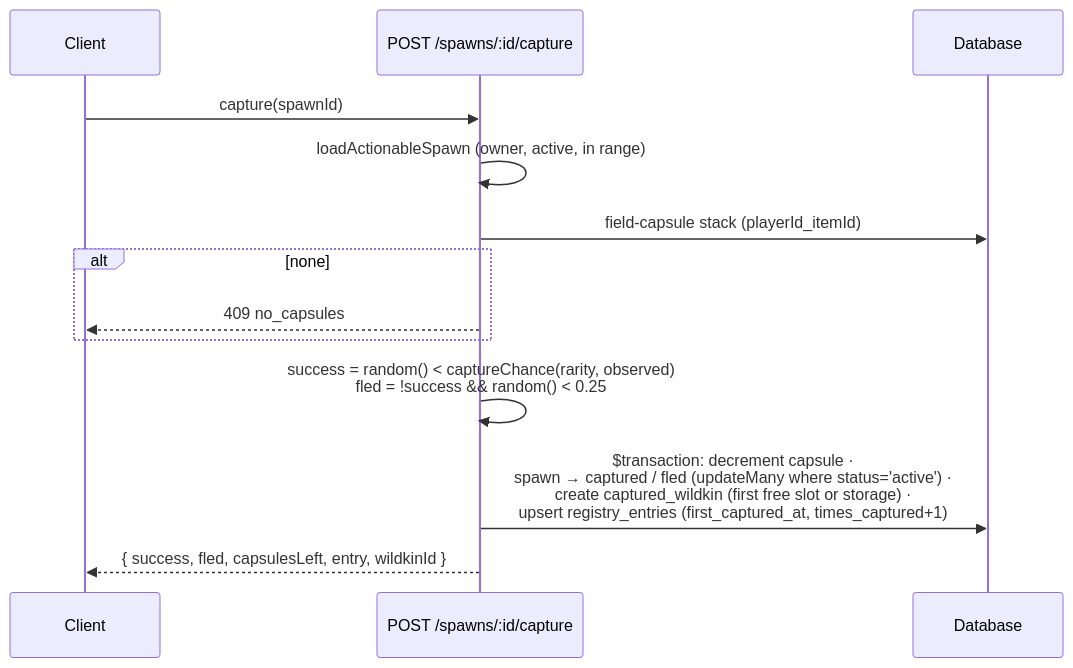
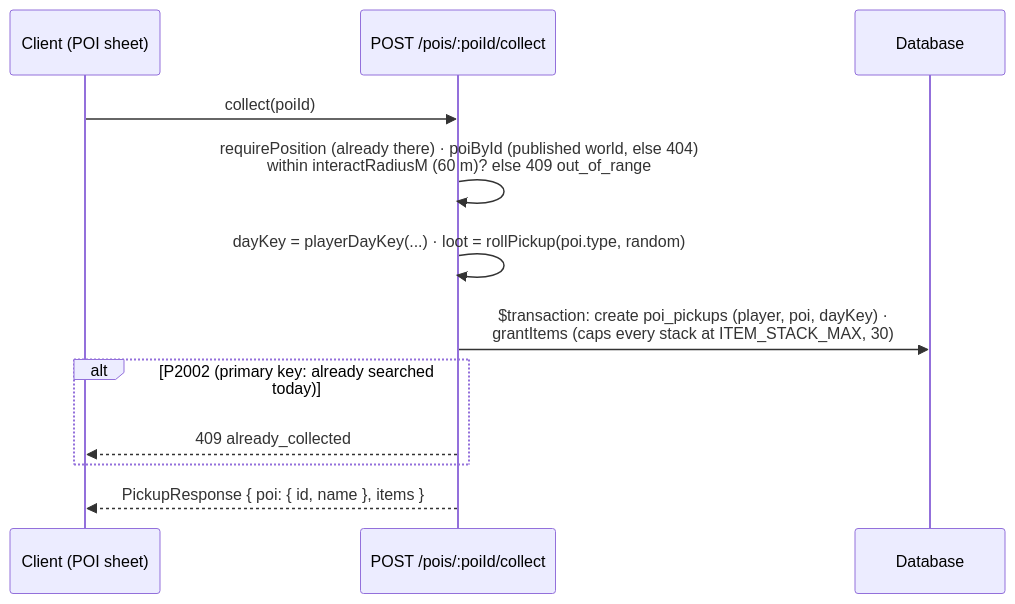
One commit to samceracas/wildbound changed the second of 2 diagrams in docs/12-exercises-and-roadmap.md. Above: the diagram before and after it, drawn with Mermaid. The commit also changed other lines of this file and 7 other files, not shown here.

````diff
--- a/docs/12-exercises-and-roadmap.md
+++ b/docs/12-exercises-and-roadmap.md
@@ -67,15 +136,14 @@
 ```mermaid
 sequenceDiagram
-    participant C as Client
-    participant R as POST /spawns/:id/capture
+    participant C as Client (POI sheet)
+    participant R as POST /pois/:poiId/collect
     participant DB as Database
-    C->>R: capture(spawnId)
-    R->>R: loadActionableSpawn (owner, active, in range)
-    R->>DB: field-capsule stack (playerId_itemId)
-    alt none
-        R-->>C: 409 no_capsules
+    C->>R: collect(poiId)
+    R->>R: requirePosition (already there) · poiById (published world, else 404)<br/>within interactRadiusM (60 m)? else 409 out_of_range
+    R->>R: dayKey = playerDayKey(...) · loot = rollPickup(poi.type, random)
+    R->>DB: $transaction: create poi_pickups (player, poi, dayKey) ·<br/>grantItems (caps every stack at ITEM_STACK_MAX, 30)
+    alt P2002 (primary key: already searched today)
+        R-->>C: 409 already_collected
     end
-    R->>R: success = random() < captureChance(rarity, observed)<br/>fled = !success && random() < 0.25
-    R->>DB: $transaction: decrement capsule ·<br/>spawn → captured / fled (updateMany where status='active') ·<br/>create captured_wildkin (first free slot or storage) ·<br/>upsert registry_entries (first_captured_at, times_captured+1)
-    R-->>C: { success, fled, capsulesLeft, entry, wildkinId }
+    R-->>C: PickupResponse { poi: { id, name }, items }
 ```
````
